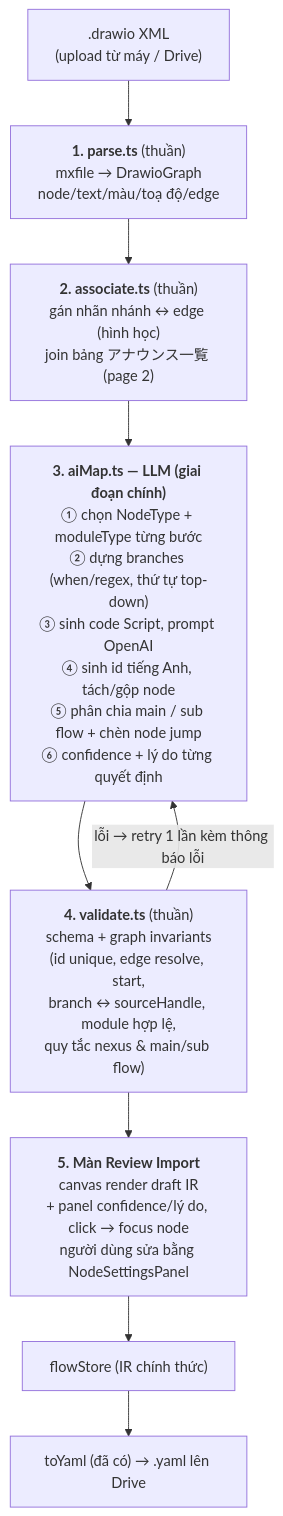
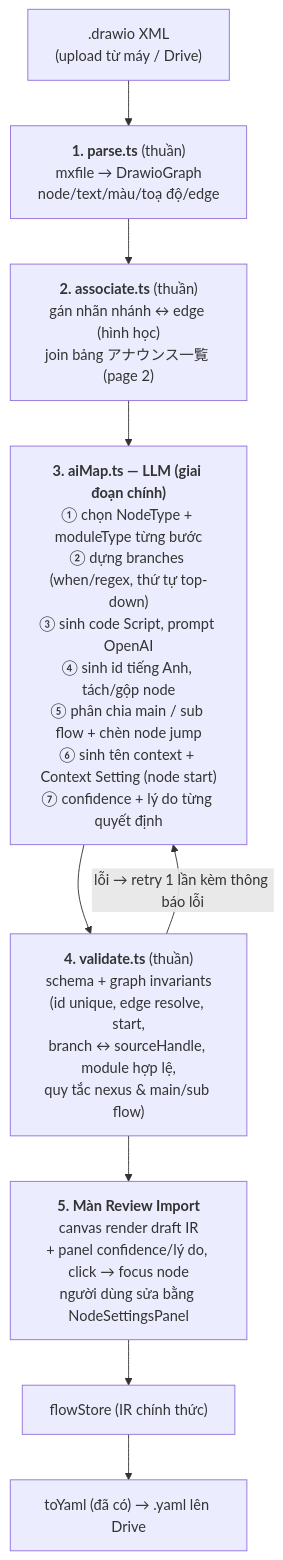
One commit to drjoy-toshi-tuan/brekeke-flow-builder changed the diagram in docs/design-drawio-import.md. Above: the diagram before and after it, drawn with Mermaid. The commit also changed other lines of this file, not shown here.

First line of the commit message:
docs: knowledge context settings (bảng context mặc định, type độc quyền, rangeValues) + pattern openai/save flag

````diff
--- a/docs/design-drawio-import.md
+++ b/docs/design-drawio-import.md
@@ -75,11 +77,11 @@
 ```mermaid
 flowchart TD
     A[".drawio XML<br/>(upload từ máy / Drive)"] --> B["<b>1. parse.ts</b> (thuần)<br/>mxfile → DrawioGraph<br/>node/text/màu/toạ độ/edge"]
     B --> C["<b>2. associate.ts</b> (thuần)<br/>gán nhãn nhánh ↔ edge (hình học)<br/>join bảng アナウンス一覧 (page 2)"]
-    C --> D["<b>3. aiMap.ts — LLM (giai đoạn chính)</b><br/>① chọn NodeType + moduleType từng bước<br/>② dựng branches (when/regex, thứ tự top-down)<br/>③ sinh code Script, prompt OpenAI<br/>④ sinh id tiếng Anh, tách/gộp node<br/>⑤ phân chia main / sub flow + chèn node jump<br/>⑥ confidence + lý do từng quyết định"]
+    C --> D["<b>3. aiMap.ts — LLM (giai đoạn chính)</b><br/>① chọn NodeType + moduleType từng bước<br/>② dựng branches (when/regex, thứ tự top-down)<br/>③ sinh code Script, prompt OpenAI<br/>④ sinh id tiếng Anh, tách/gộp node<br/>⑤ phân chia main / sub flow + chèn node jump<br/>⑥ sinh tên context + Context Setting (node start)<br/>⑦ confidence + lý do từng quyết định"]
     D --> E["<b>4. validate.ts</b> (thuần)<br/>schema + graph invariants<br/>(id unique, edge resolve, start,<br/>branch ↔ sourceHandle, module hợp lệ,<br/>quy tắc nexus & main/sub flow)"]
     E -- "lỗi → retry 1 lần kèm thông báo lỗi" --> D
     E --> F["<b>5. Màn Review Import</b><br/>canvas render draft IR<br/>+ panel confidence/lý do, click → focus node<br/>người dùng sửa bằng NodeSettingsPanel"]
     F --> G["flowStore (IR chính thức)"]
     G --> H["toYaml (đã có) → .yaml lên Drive"]
 ```
````
